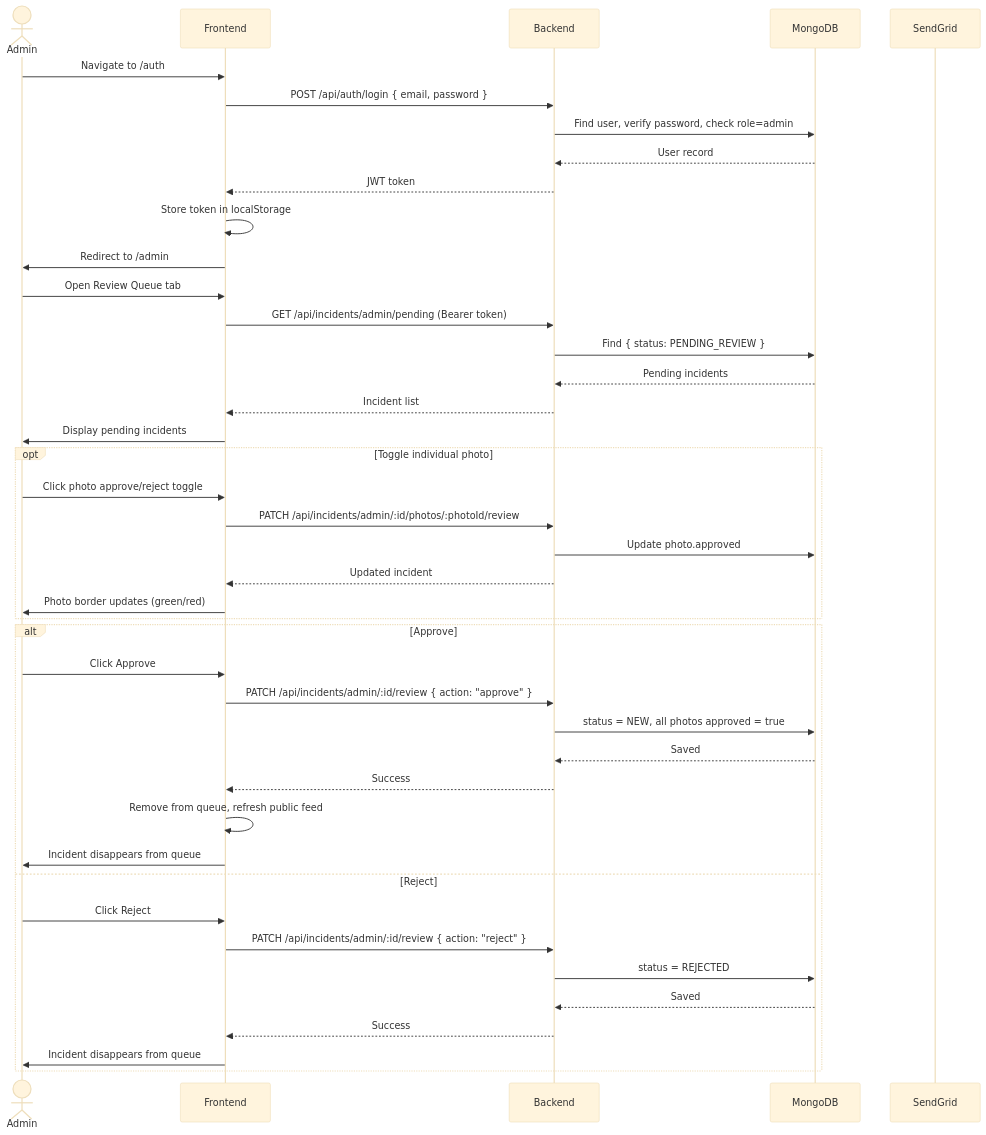
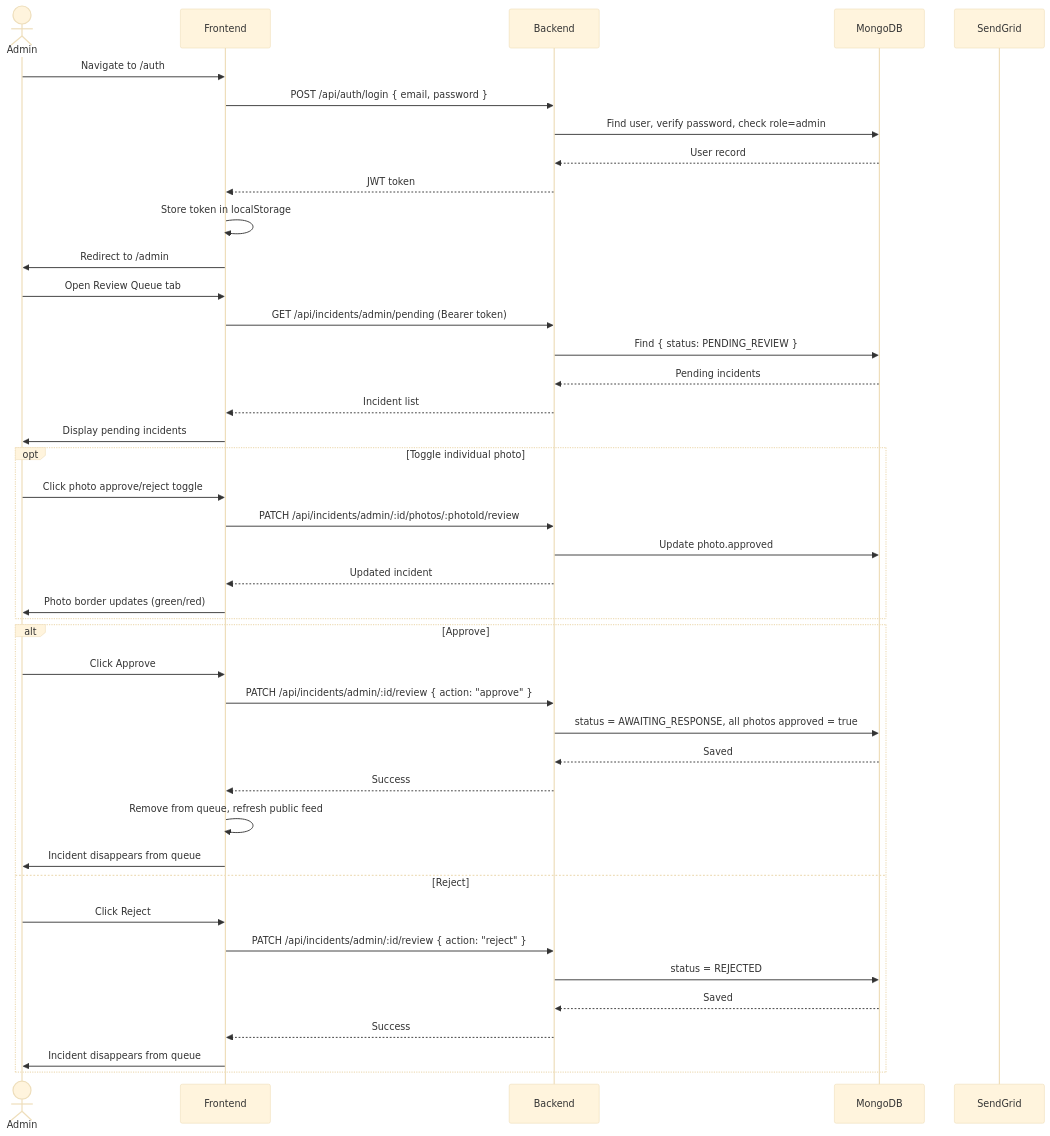
The fourth of 7 diagrams in docs/use-cases/DIAGRAMS.md (DublinNico/CharlemontWatch), drawn with Mermaid (base theme) before and after one commit. The commit also changed other lines of this file and 7 other files, not shown here.

````diff
--- a/docs/use-cases/DIAGRAMS.md
+++ b/docs/use-cases/DIAGRAMS.md
@@ -129,48 +131,48 @@
 ```mermaid
 sequenceDiagram
     actor Admin
     participant Frontend
     participant Backend
     participant MongoDB
     participant SendGrid
 
     Admin->>Frontend: Navigate to /auth
     Frontend->>Backend: POST /api/auth/login { email, password }
     Backend->>MongoDB: Find user, verify password, check role=admin
     MongoDB-->>Backend: User record
     Backend-->>Frontend: JWT token
     Frontend->>Frontend: Store token in localStorage
     Frontend->>Admin: Redirect to /admin
 
     Admin->>Frontend: Open Review Queue tab
     Frontend->>Backend: GET /api/incidents/admin/pending (Bearer token)
     Backend->>MongoDB: Find { status: PENDING_REVIEW }
     MongoDB-->>Backend: Pending incidents
     Backend-->>Frontend: Incident list
     Frontend->>Admin: Display pending incidents
 
     opt Toggle individual photo
         Admin->>Frontend: Click photo approve/reject toggle
         Frontend->>Backend: PATCH /api/incidents/admin/:id/photos/:photoId/review
         Backend->>MongoDB: Update photo.approved
         Backend-->>Frontend: Updated incident
         Frontend->>Admin: Photo border updates (green/red)
     end
 
     alt Approve
         Admin->>Frontend: Click Approve
         Frontend->>Backend: PATCH /api/incidents/admin/:id/review { action: "approve" }
-        Backend->>MongoDB: status = NEW, all photos approved = true
+        Backend->>MongoDB: status = AWAITING_RESPONSE, all photos approved = true
         MongoDB-->>Backend: Saved
         Backend-->>Frontend: Success
         Frontend->>Frontend: Remove from queue, refresh public feed
         Frontend->>Admin: Incident disappears from queue
     else Reject
         Admin->>Frontend: Click Reject
         Frontend->>Backend: PATCH /api/incidents/admin/:id/review { action: "reject" }
         Backend->>MongoDB: status = REJECTED
         MongoDB-->>Backend: Saved
         Backend-->>Frontend: Success
         Frontend->>Admin: Incident disappears from queue
     end
 ```
````
